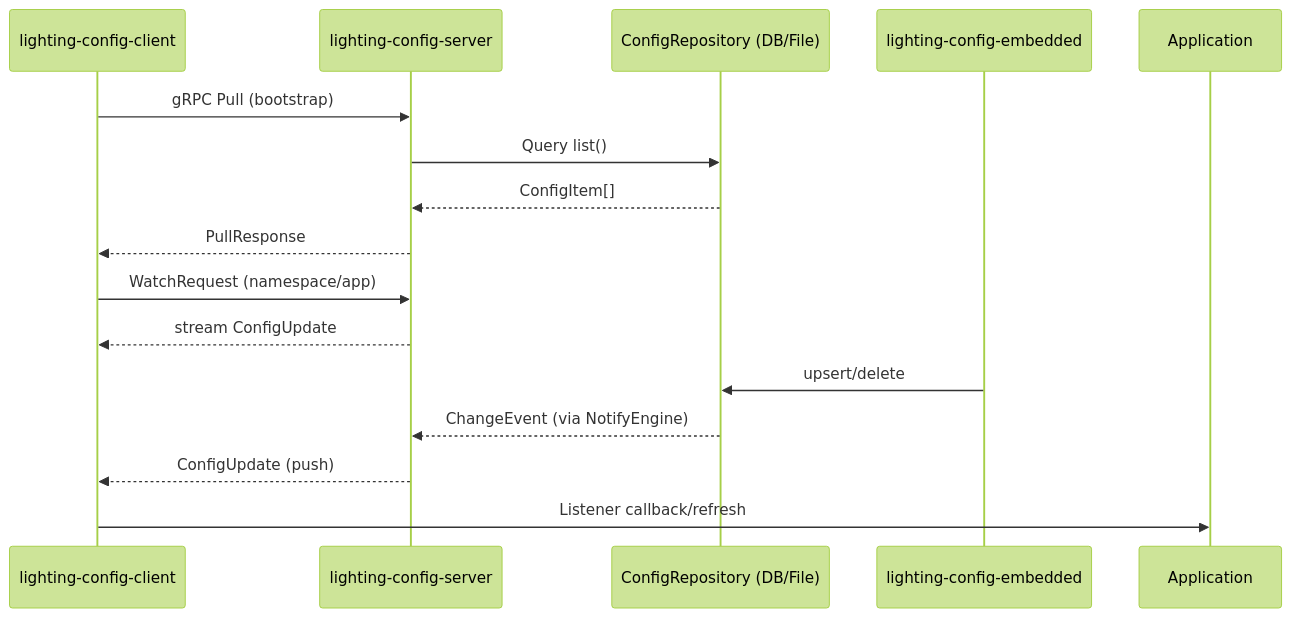
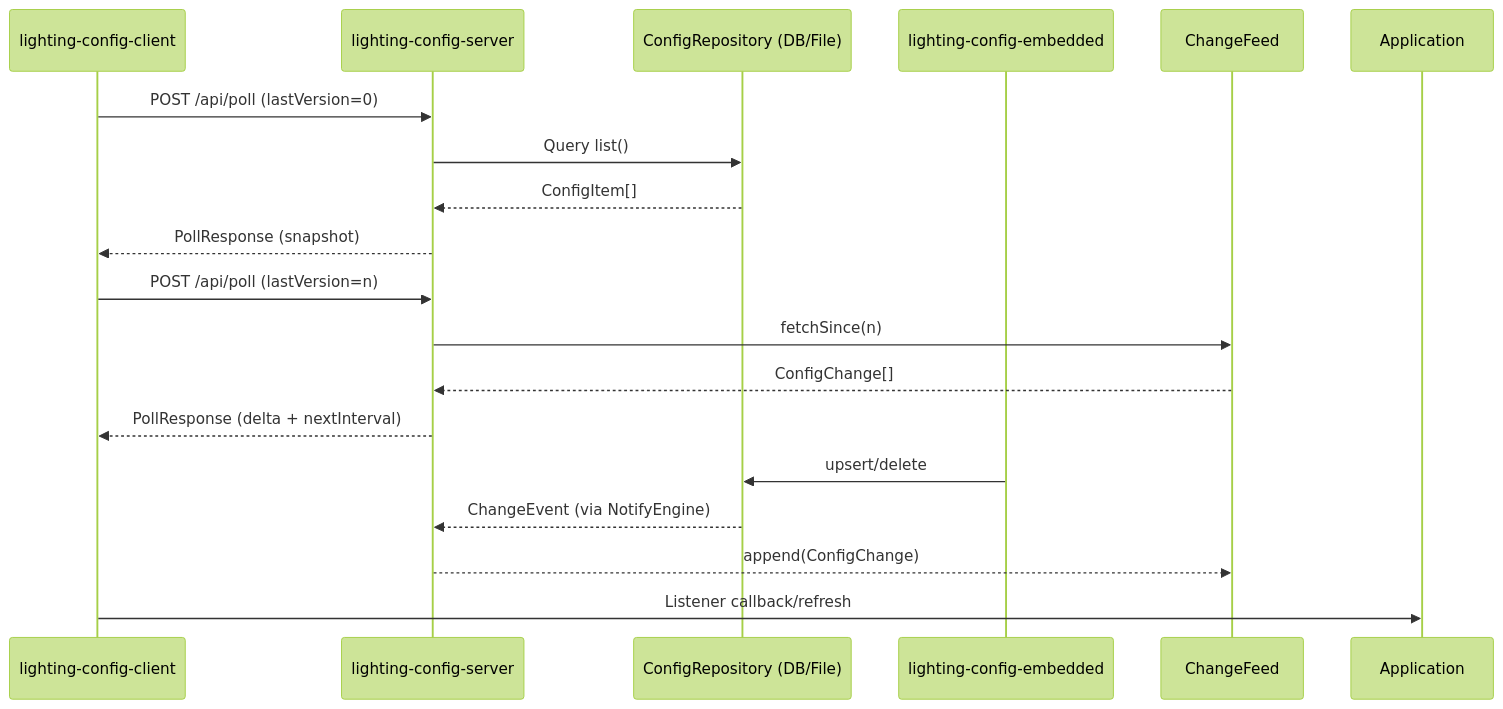
Before and after one commit to wuuJiawei/lighting-config: the diagram in docs/diagrams/cross-module-sequence.md, drawn with Mermaid (forest theme). The commit also changed 32 other files, not shown here.

````diff
--- a/docs/diagrams/cross-module-sequence.md
+++ b/docs/diagrams/cross-module-sequence.md
@@ -3,18 +3,20 @@
 ```mermaid
 sequenceDiagram
     participant Client as lighting-config-client
     participant Server as lighting-config-server
     participant Repo as ConfigRepository (DB/File)
     participant Embedded as lighting-config-embedded
 
-    Client->>Server: gRPC Pull (bootstrap)
+    Client->>Server: POST /api/poll (lastVersion=0)
     Server->>Repo: Query list()
     Repo-->>Server: ConfigItem[]
-    Server-->>Client: PullResponse
-    Client->>Server: WatchRequest (namespace/app)
-    Server-->>Client: stream ConfigUpdate
+    Server-->>Client: PollResponse (snapshot)
+    Client->>Server: POST /api/poll (lastVersion=n)
+    Server->>ChangeFeed: fetchSince(n)
+    ChangeFeed-->>Server: ConfigChange[]
+    Server-->>Client: PollResponse (delta + nextInterval)
     Embedded->>Repo: upsert/delete
     Repo-->>Server: ChangeEvent (via NotifyEngine)
-    Server-->>Client: ConfigUpdate (push)
+    Server-->>ChangeFeed: append(ConfigChange)
     Client->>Application: Listener callback/refresh
 ```
````
